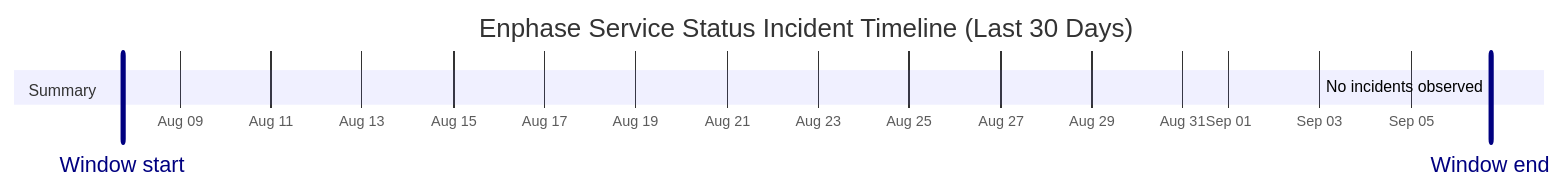
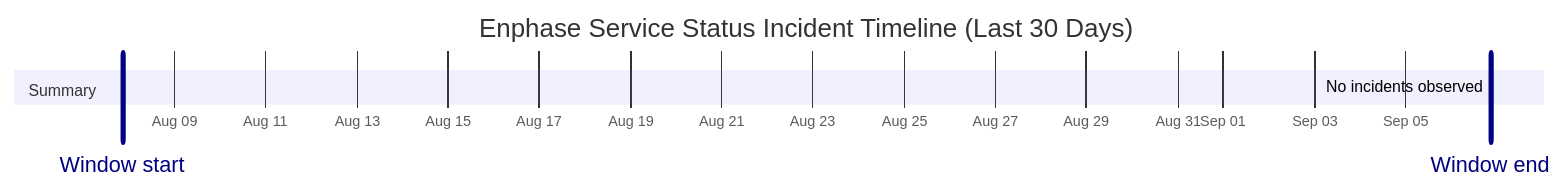
Before and after one commit to barneyonline/ha-enphase-energy: the diagram in wiki/Service-Status-History.md, drawn with Mermaid. The commit also changed other lines of this file and 3 other files, not shown here.

````diff
--- a/wiki/Service-Status-History.md
+++ b/wiki/Service-Status-History.md
@@ -14,10 +14,10 @@
 ```mermaid
 gantt
     title Enphase Service Status Incident Timeline (Last 30 Days)
     dateFormat  YYYY-MM-DDTHH:mm:ss
     axisFormat  %b %d
-    Window start :vert, window-start, 2026-08-07T18:01:05, 0ms
-    Window end :vert, window-end, 2026-09-06T18:01:05, 0ms
+    Window start :vert, window-start, 2026-08-07T20:38:22, 0ms
+    Window end :vert, window-end, 2026-09-06T20:38:22, 0ms
     section Summary
-    No incidents observed :done, 2026-09-06T18:01:05, 1m
+    No incidents observed :done, 2026-09-06T20:38:22, 1m
 ```
````
